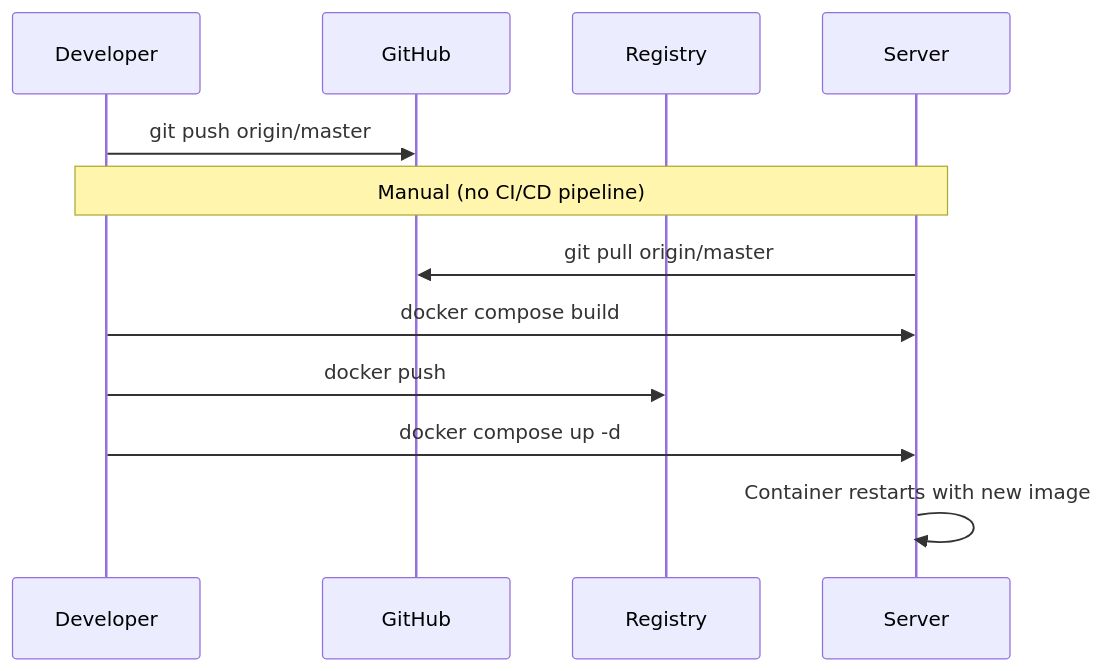
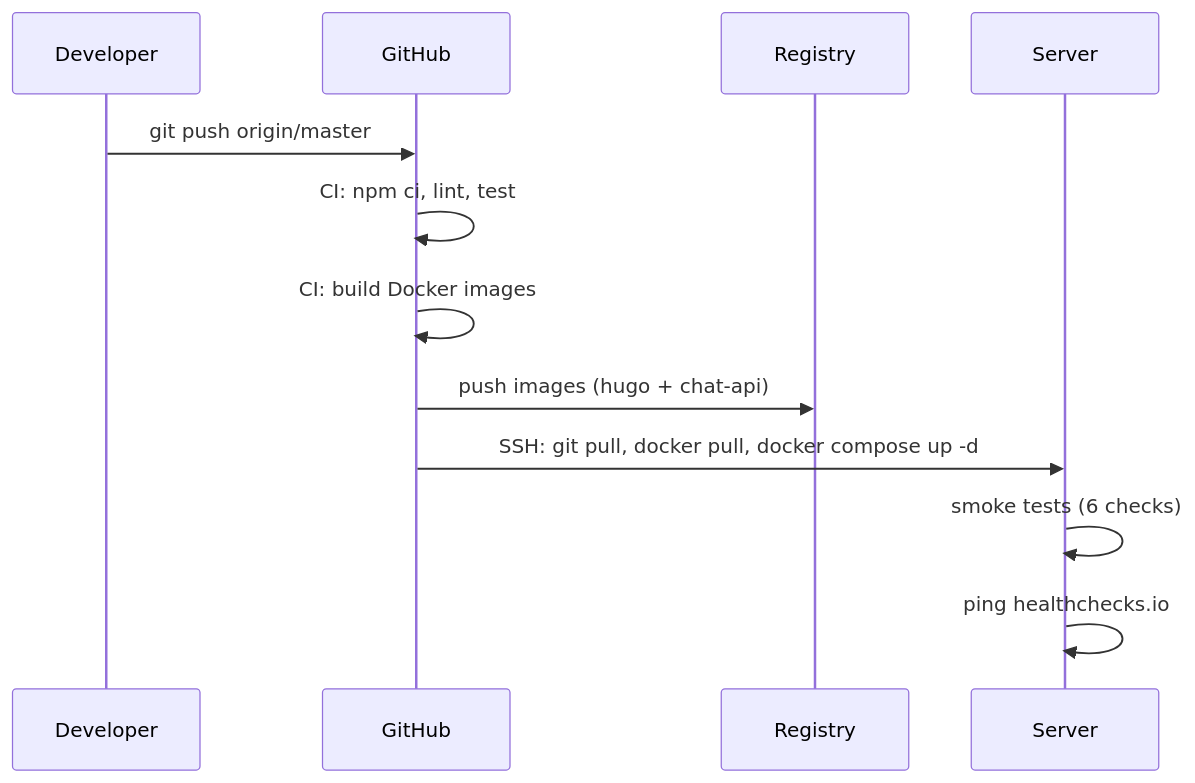
Before and after one commit to tobias-weiss-ai-xr/chemie-lernen-org: the diagram in docs/DEPLOYMENT.md, drawn with Mermaid. The commit also changed other lines of this file and 5 other files, not shown here.

````diff
--- a/docs/DEPLOYMENT.md
+++ b/docs/DEPLOYMENT.md
@@ -99,15 +69,15 @@
 ```mermaid
 sequenceDiagram
     participant D as Developer
     participant G as GitHub
     participant R as Registry
     participant S as Server
 
     D->>G: git push origin/master
-    Note over D,S: Manual (no CI/CD pipeline)
-    S->>G: git pull origin/master
-    D->>S: docker compose build
-    D->>R: docker push
-    D->>S: docker compose up -d
-    S->>S: Container restarts with new image
+    G->>G: CI: npm ci, lint, test
+    G->>G: CI: build Docker images
+    G->>R: push images (hugo + chat-api)
+    G->>S: SSH: git pull, docker pull, docker compose up -d
+    S->>S: smoke tests (6 checks)
+    S->>S: ping healthchecks.io
 ```
````
